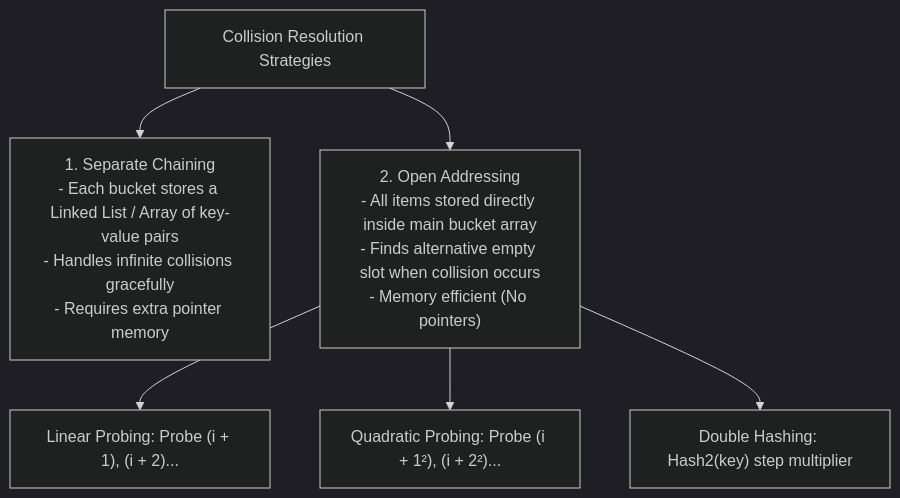
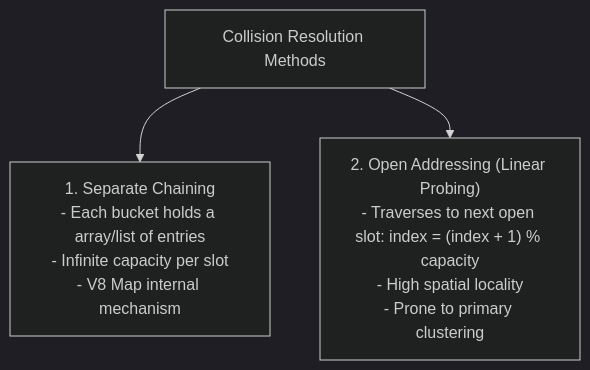
One commit to Amie-dev/engineering-playbook changed the second of 2 diagrams in js-dsa/04-hash-tables.md. Above: the diagram before and after it, drawn with Mermaid (dark theme). The commit also changed other lines of this file and 24 other files, not shown here.

````diff
--- a/js-dsa/04-hash-tables.md
+++ b/js-dsa/04-hash-tables.md
@@ -13,10 +30,5 @@
 ```mermaid
 flowchart TD
-    CollisionStrategy[Collision Resolution Strategies] --> Chaining["1. Separate Chaining<br/>- Each bucket stores a Linked List / Array of key-value pairs<br/>- Handles infinite collisions gracefully<br/>- Requires extra pointer memory"]
-
-    CollisionStrategy --> OpenAddressing["2. Open Addressing<br/>- All items stored directly inside main bucket array<br/>- Finds alternative empty slot when collision occurs<br/>- Memory efficient (No pointers)"]
-
-    OpenAddressing --> LinearProbing["Linear Probing: Probe (i + 1), (i + 2)..."]
-    OpenAddressing --> QuadProbing["Quadratic Probing: Probe (i + 1²), (i + 2²)..."]
-    OpenAddressing --> DoubleHashing["Double Hashing: Hash2(key) step multiplier"]
+    CollisionStrategy[Collision Resolution Methods] --> Chaining["1. Separate Chaining<br/>- Each bucket holds a array/list of entries<br/>- Infinite capacity per slot<br/>- V8 Map internal mechanism"]
+    CollisionStrategy --> OpenAddressing["2. Open Addressing (Linear Probing)<br/>- Traverses to next open slot: index = (index + 1) % capacity<br/>- High spatial locality<br/>- Prone to primary clustering"]
 ```
````
